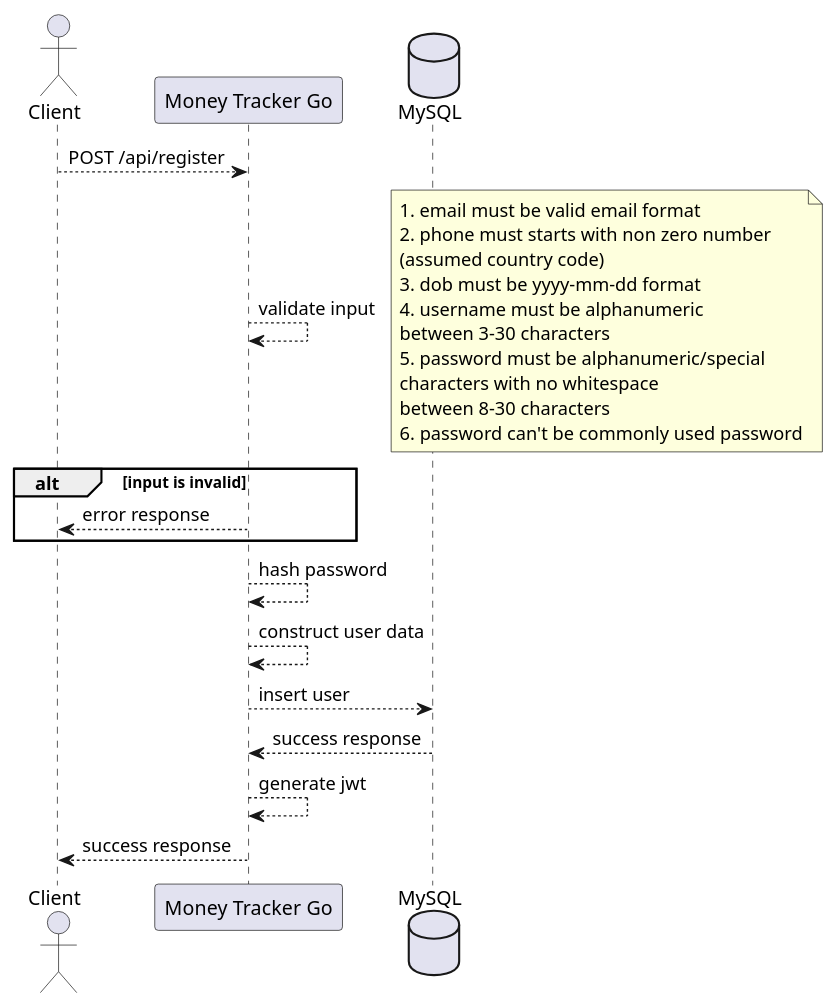
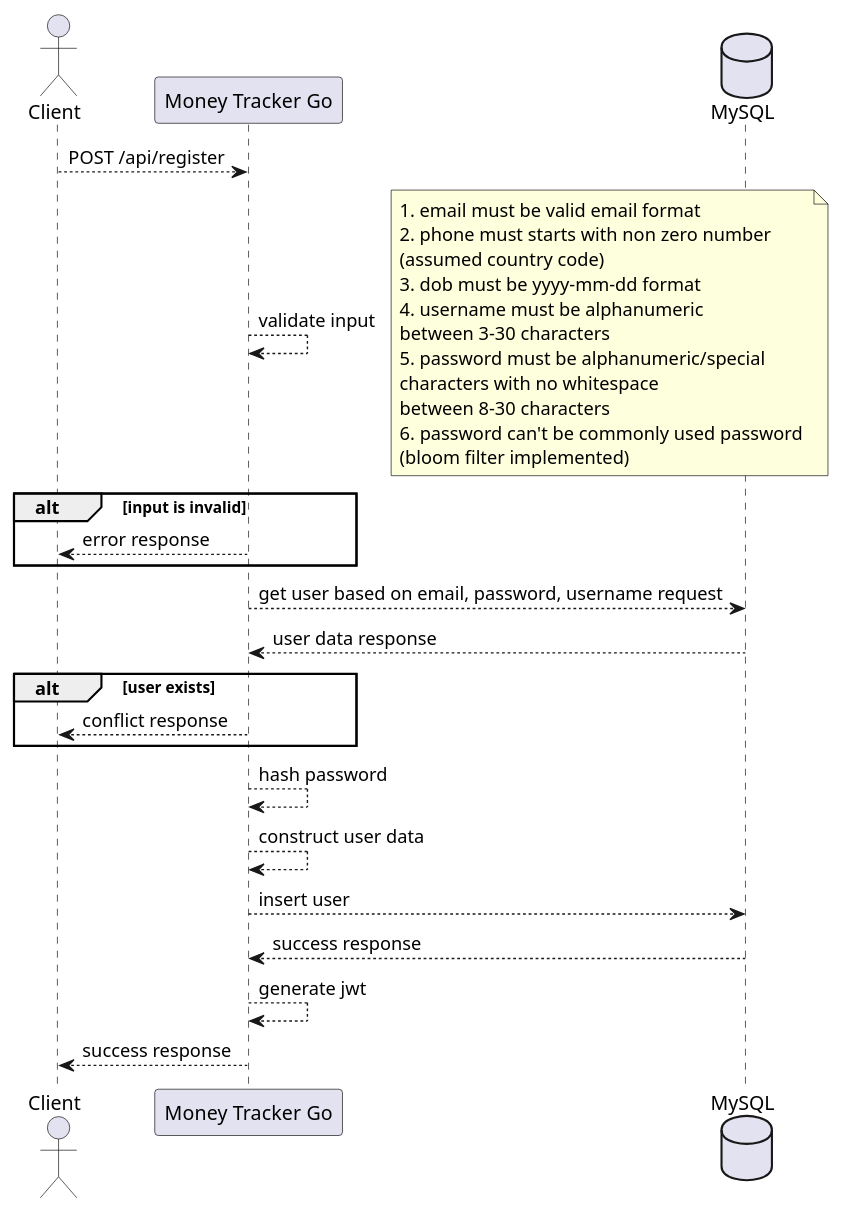
One commit to ertantorizkyf/money-tracker-go changed the diagram in docs/diagrams/sequence/auth/register.puml. Above: the diagram before and after it, drawn with PlantUML. The commit also changed 11 other files, not shown here.

Commit message:
Improve register conflict condition checking and implement bloom filter for common password validation

```diff
--- a/docs/diagrams/sequence/auth/register.puml
+++ b/docs/diagrams/sequence/auth/register.puml
@@ -1,31 +1,37 @@
 @startuml Register Sequence
 
 actor "Client" as client
 participant "Money Tracker Go" as server
 database "MySQL" as db
 
 client --> server : POST /api/register
 server --> server : validate input
 note right
   1. email must be valid email format
   2. phone must starts with non zero number 
   (assumed country code)
   3. dob must be yyyy-mm-dd format
   4. username must be alphanumeric 
   between 3-30 characters
   5. password must be alphanumeric/special 
   characters with no whitespace 
   between 8-30 characters
-  6. password can't be commonly used password
+  6. password can't be commonly used password 
+  (bloom filter implemented)
 end note
 alt input is invalid
   server --> client : error response
+end
+server --> db : get user based on email, password, username request
+db --> server : user data response 
+alt user exists
+  server --> client : conflict response
 end
 server --> server : hash password
 server --> server : construct user data
 server --> db : insert user
 db --> server : success response
 server --> server : generate jwt
 server --> client : success response
 
 @enduml
```
